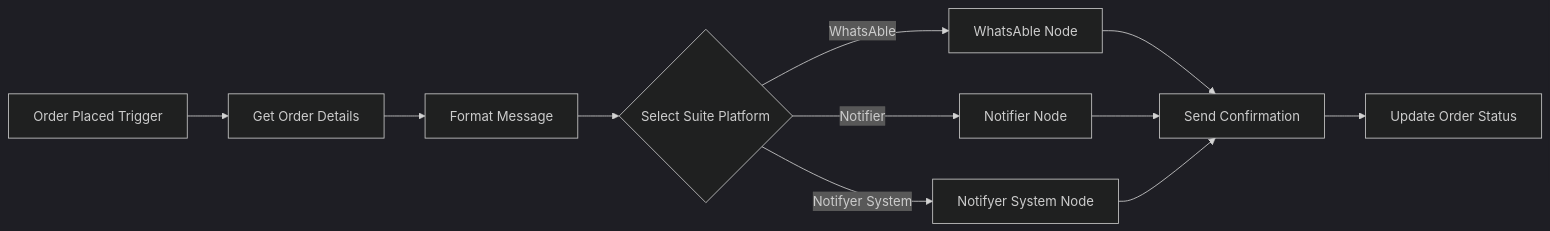
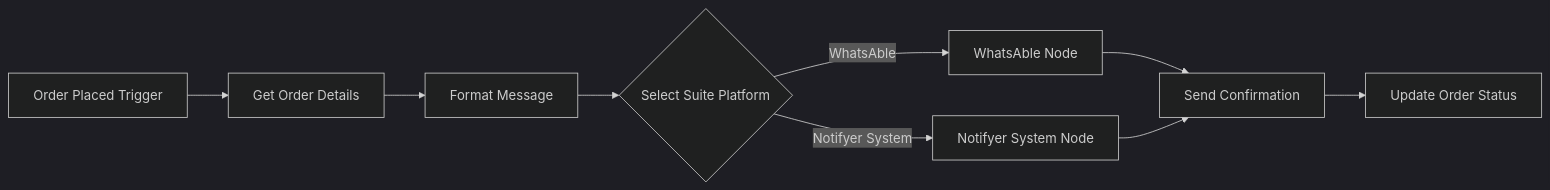
Before and after one commit to Whatsable/whatsable-docs-mintlyfy: the diagram in n8n-overview.mdx, drawn with Mermaid (dark theme). The commit also changed other lines of this file and 25 other files, not shown here.

````diff
--- a/n8n-overview.mdx
+++ b/n8n-overview.mdx
@@ -223,13 +224,11 @@
   ```mermaid
   flowchart LR
     A[Order Placed Trigger] --> B[Get Order Details]
     B --> C[Format Message]
     C --> D{Select Suite Platform}
     D -->|WhatsAble| E[WhatsAble Node]
-    D -->|Notifier| F[Notifier Node]
     D -->|Notifyer System| G[Notifyer System Node]
     E --> H[Send Confirmation]
-    F --> H
     G --> H
     H --> I[Update Order Status]
   ```
````
